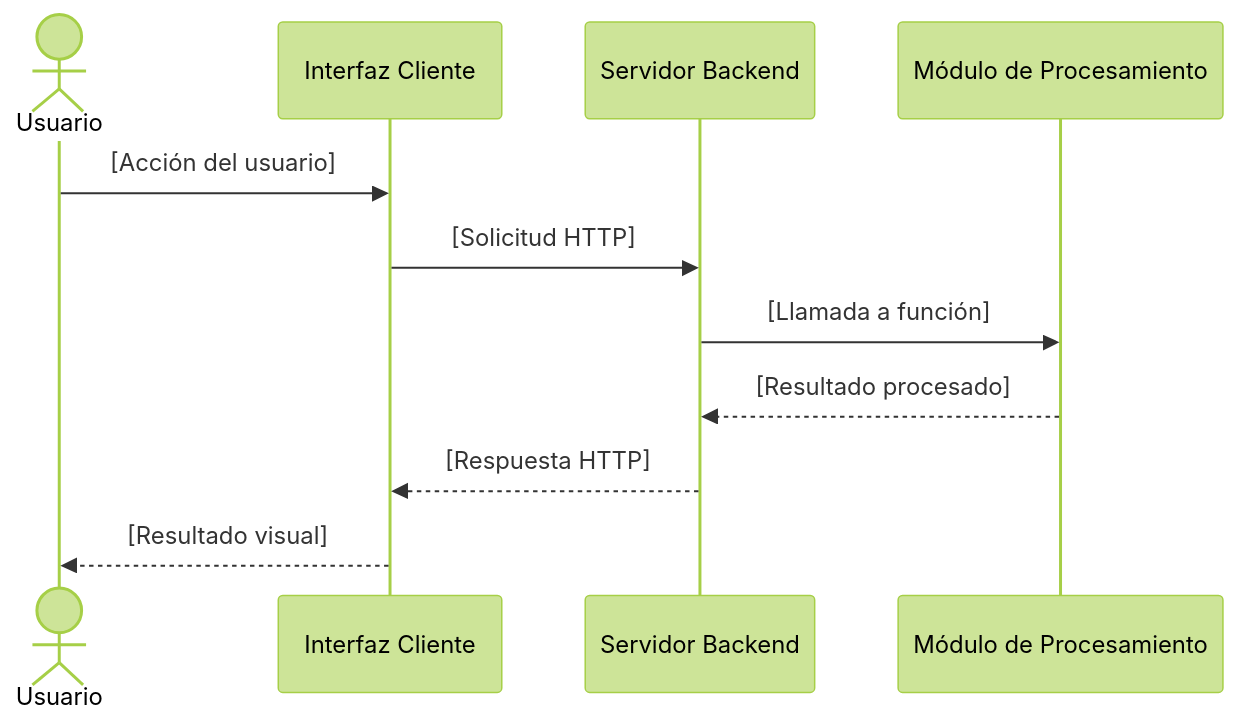
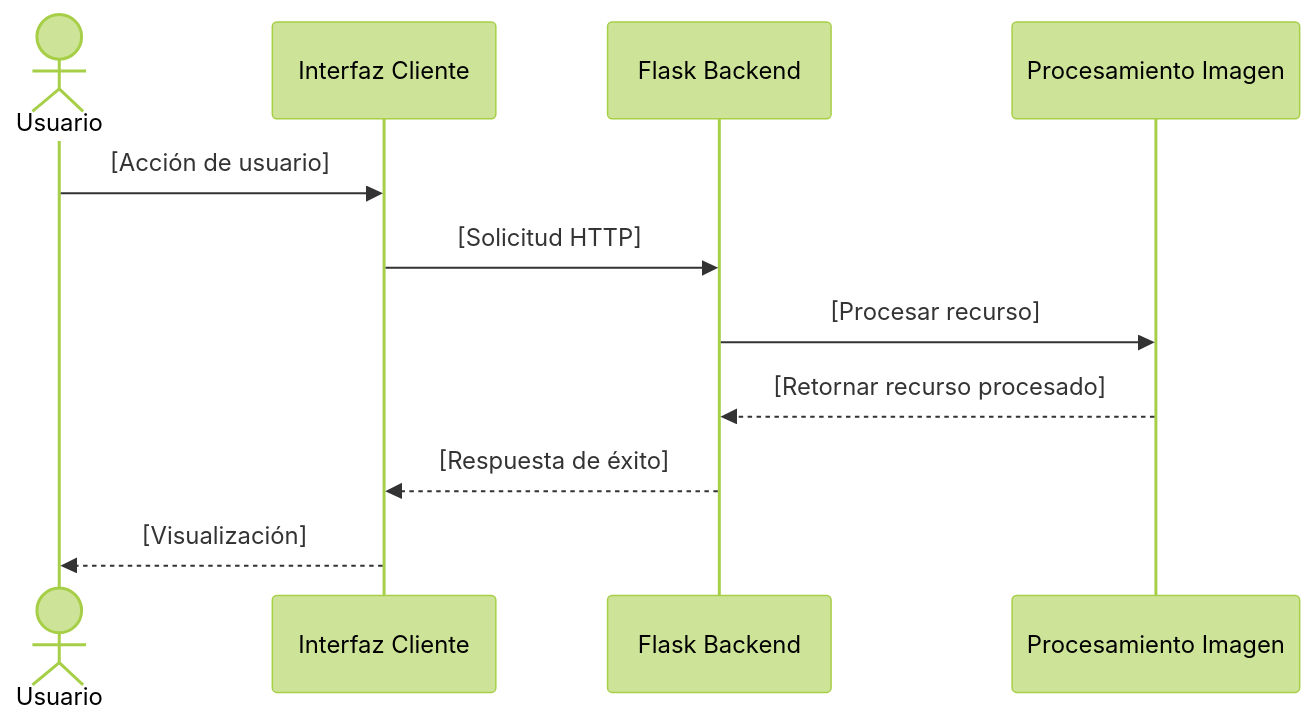
The second of 2 diagrams in 01-Proyecto/03-Diseño/Plantillas/Formatos/PLT-FOR_Plantilla_SDD.md (AXLAAF/SAQ_Marcos_XOOKTECH), drawn with Mermaid (forest theme) before and after one commit. The commit also changed other lines of this file and 18 other files, not shown here.

````diff
--- a/01-Proyecto/03-Diseño/Plantillas/Formatos/PLT-FOR_Plantilla_SDD.md
+++ b/01-Proyecto/03-Diseño/Plantillas/Formatos/PLT-FOR_Plantilla_SDD.md
@@ -68,14 +65,14 @@
 ```mermaid
 sequenceDiagram
     actor Usuario
     participant UI as Interfaz Cliente
-    participant Backend as Servidor Backend
-    participant Proc as Módulo de Procesamiento
+    participant Backend as Flask Backend
+    participant Proc as Procesamiento Imagen
 
-    Usuario->>UI: [Acción del usuario]
+    Usuario->>UI: [Acción de usuario]
     UI->>Backend: [Solicitud HTTP]
-    Backend->>Proc: [Llamada a función]
-    Proc-->>Backend: [Resultado procesado]
-    Backend-->>UI: [Respuesta HTTP]
-    UI-->>Usuario: [Resultado visual]
+    Backend->>Proc: [Procesar recurso]
+    Proc-->>Backend: [Retornar recurso procesado]
+    Backend-->>UI: [Respuesta de éxito]
+    UI-->>Usuario: [Visualización]
 ```
````
